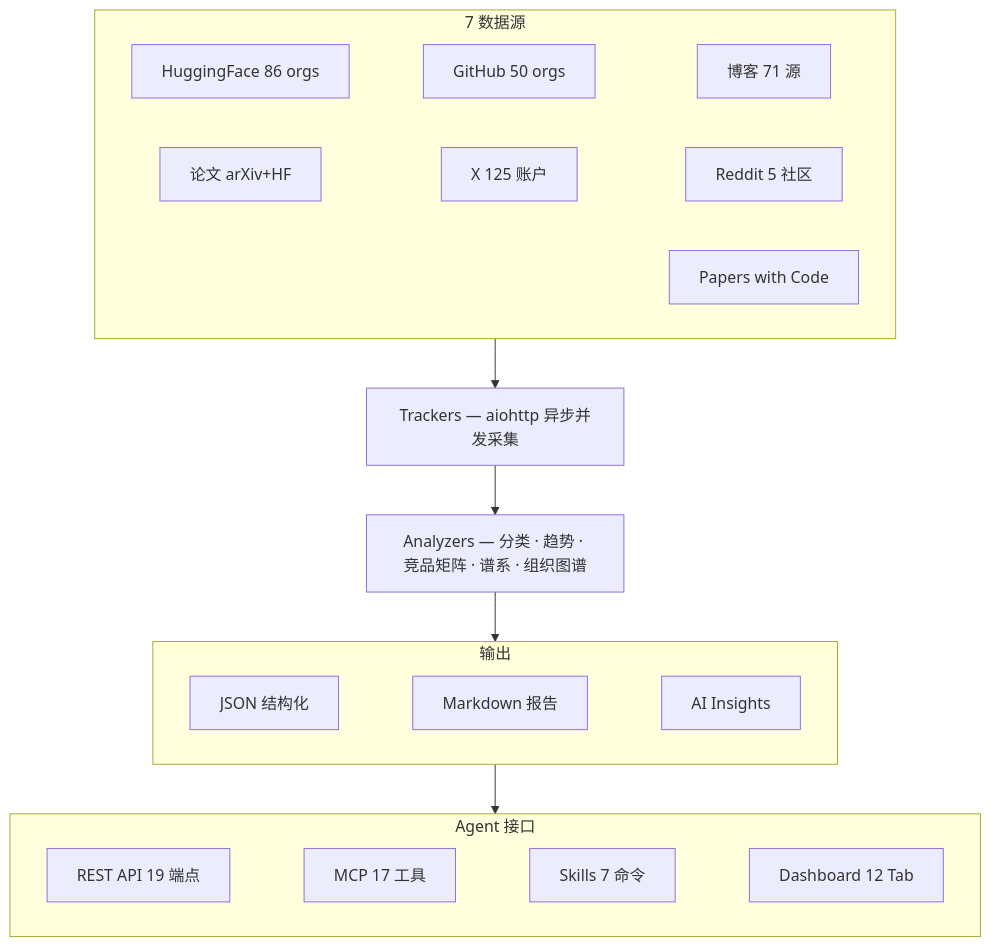
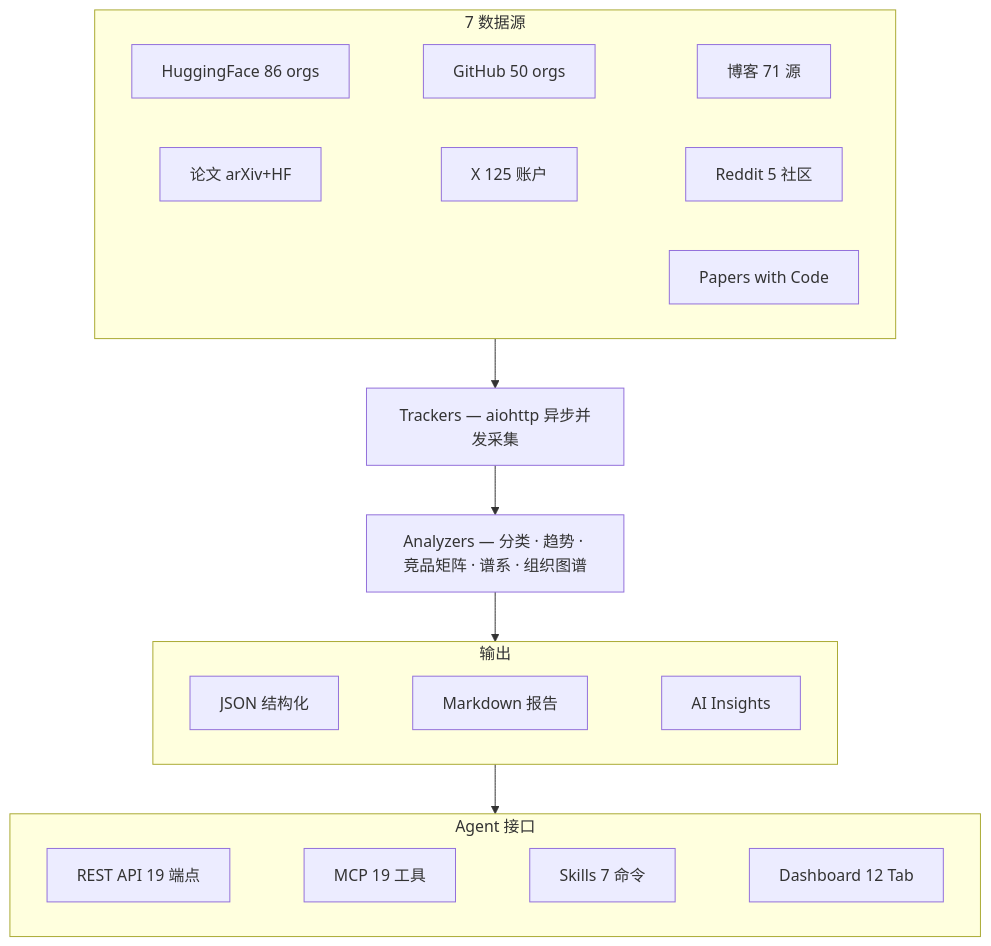
Before and after one commit to liuxiaotong/ai-dataset-radar: the first of 2 diagrams in README.md, drawn with Mermaid. The commit also changed other lines of this file and 2 other files, not shown here.

Commit message:
docs: update MCP tool count 17 → 19

````diff
--- a/README.md
+++ b/README.md
@@ -31,26 +31,26 @@
 ```mermaid
 flowchart TD
     subgraph S[" 7 数据源"]
         direction LR
         S1["HuggingFace 86 orgs"] ~~~ S2["GitHub 50 orgs"] ~~~ S3["博客 71 源"]
         S4["论文 arXiv+HF"] ~~~ S5["X 125 账户"] ~~~ S6["Reddit 5 社区"]
         S7["Papers with Code"]
     end
 
     S --> T["Trackers — aiohttp 异步并发采集"]
     T --> A["Analyzers — 分类 · 趋势 · 竞品矩阵 · 谱系 · 组织图谱"]
 
     subgraph O[" 输出"]
         direction LR
         O1["JSON 结构化"] ~~~ O2["Markdown 报告"] ~~~ O3["AI Insights"]
     end
 
     A --> O
 
     subgraph I[" Agent 接口"]
         direction LR
-        I1["REST API 19 端点"] ~~~ I2["MCP 17 工具"] ~~~ I3["Skills 7 命令"] ~~~ I4["Dashboard 12 Tab"]
+        I1["REST API 19 端点"] ~~~ I2["MCP 19 工具"] ~~~ I3["Skills 7 命令"] ~~~ I4["Dashboard 12 Tab"]
     end
 
     O --> I
 ```
````
